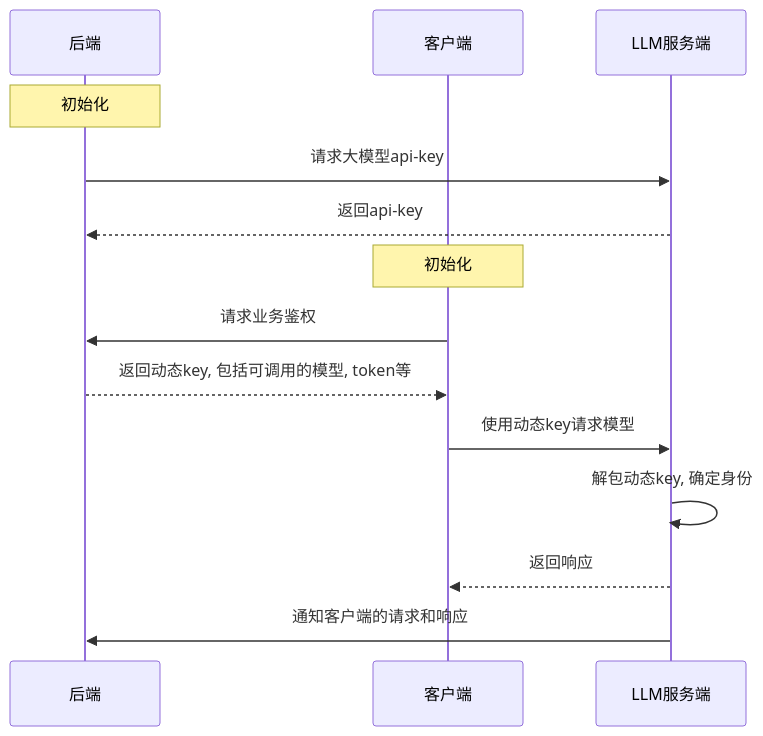
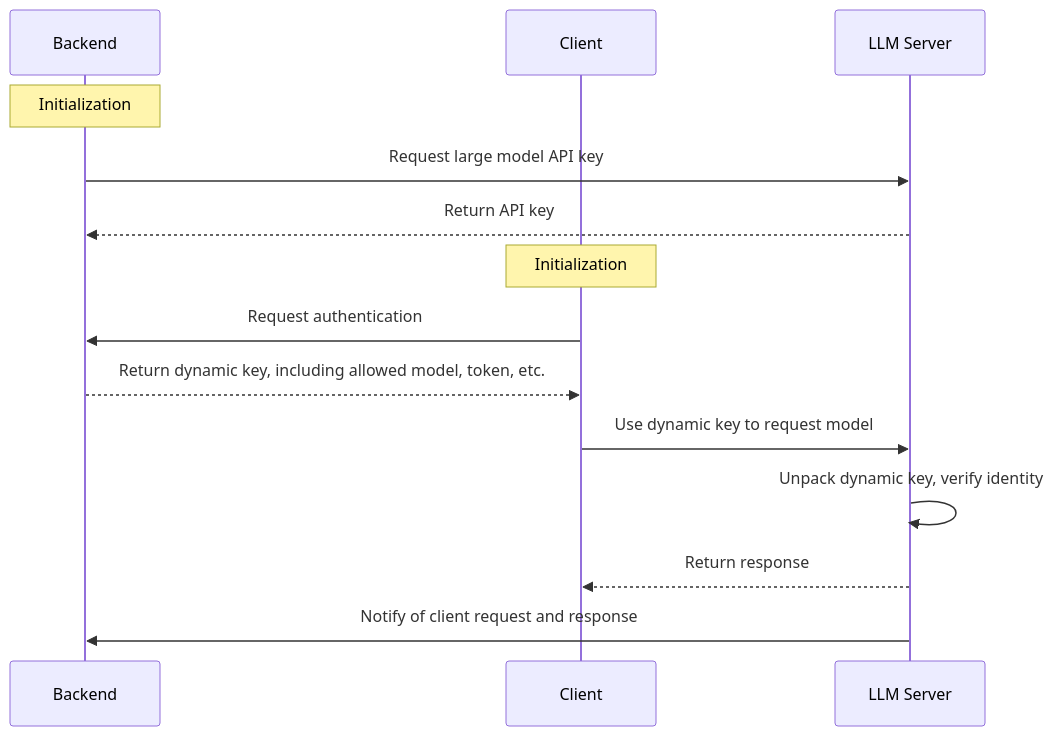
Before and after one commit to IntelliKernel/Dynaseal: the diagram in README.md, drawn with Mermaid. The commit also changed other lines of this file, not shown here.

````diff
--- a/README.md
+++ b/README.md
@@ -25,21 +23,20 @@
 ```mermaid
 sequenceDiagram
-    participant 后端 as 后端
-    participant 客户端 as 客户端
-    participant LLM服务端 as LLM服务端
+    participant Backend as Backend
+    participant Client as Client
+    participant LLM_Server as LLM Server
 
-    Note over 后端: 初始化
-    后端->>LLM服务端: 请求大模型api-key
-    LLM服务端-->>后端: 返回api-key
+    Note over Backend: Initialization
+    Backend->>LLM_Server: Request large model API key
+    LLM_Server-->>Backend: Return API key
 
-    Note over 客户端: 初始化
-    客户端->>后端: 请求业务鉴权
-    后端-->>客户端: 返回动态key, 包括可调用的模型, token等
+    Note over Client: Initialization
+    Client->>Backend: Request authentication
+    Backend-->>Client: Return dynamic key, including allowed model, token, etc.
 
-    客户端->>LLM服务端: 使用动态key请求模型
-    LLM服务端->>LLM服务端: 解包动态key, 确定身份
-    LLM服务端-->>客户端: 返回响应
+    Client->>LLM_Server: Use dynamic key to request model
+    LLM_Server->>LLM_Server: Unpack dynamic key, verify identity
+    LLM_Server-->>Client: Return response
 
-    LLM服务端->>后端: 通知客户端的请求和响应
-
+    LLM_Server->>Backend: Notify of client request and response
 ```
````
